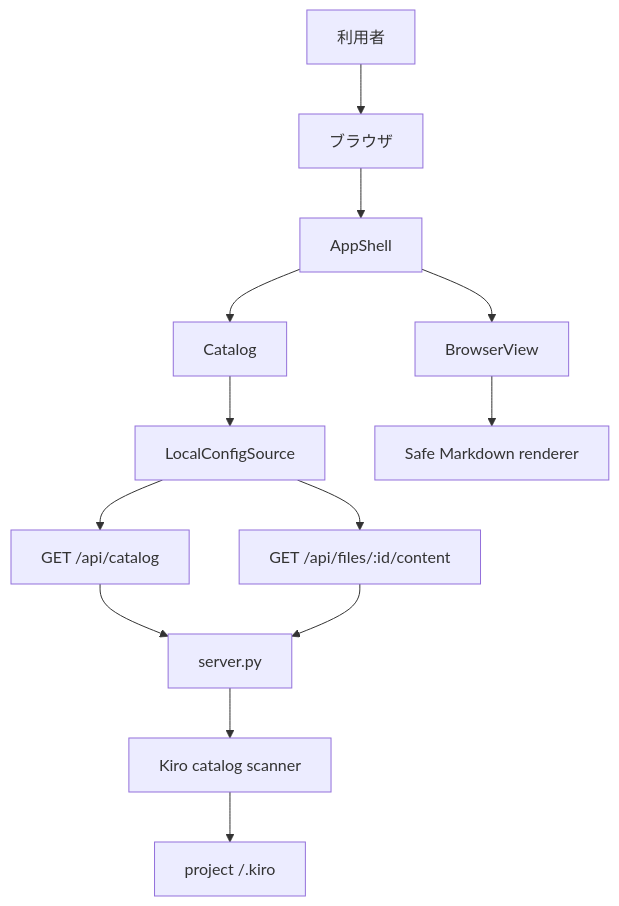
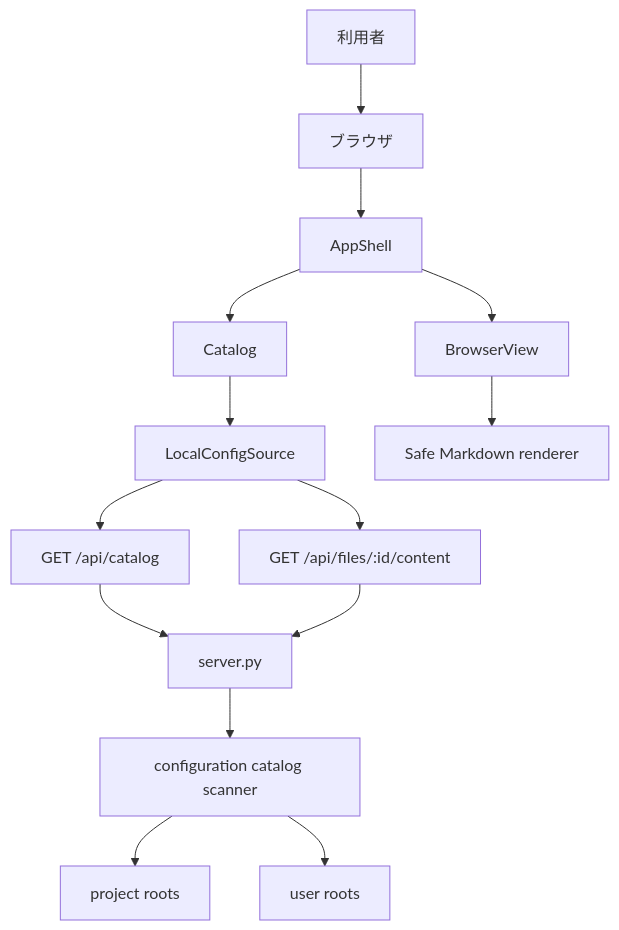
Before and after one commit to xzyozi/agent-config-viewer: the diagram in docs/design/ACV-BD-001_基本設計書.md, drawn with Mermaid. The commit also changed other lines of this file and 6 other files, not shown here.

````diff
--- a/docs/design/ACV-BD-001_基本設計書.md
+++ b/docs/design/ACV-BD-001_基本設計書.md
@@ -33,15 +36,16 @@
 ```mermaid
 flowchart TD
     User[利用者] --> Browser[ブラウザ]
     Browser --> AppShell[AppShell]
     AppShell --> Catalog[Catalog]
     Catalog --> Source[LocalConfigSource]
     Source --> CatalogApi[GET /api/catalog]
     Source --> ContentApi[GET /api/files/:id/content]
     CatalogApi --> Server[server.py]
     ContentApi --> Server
-    Server --> Scanner[Kiro catalog scanner]
-    Scanner --> ProjectKiro[project /.kiro]
+    Server --> Scanner[configuration catalog scanner]
+    Scanner --> ProjectRoots[project roots]
+    Scanner --> UserRoots[user roots]
     AppShell --> View[BrowserView]
     View --> Markdown[Safe Markdown renderer]
 ```
````
